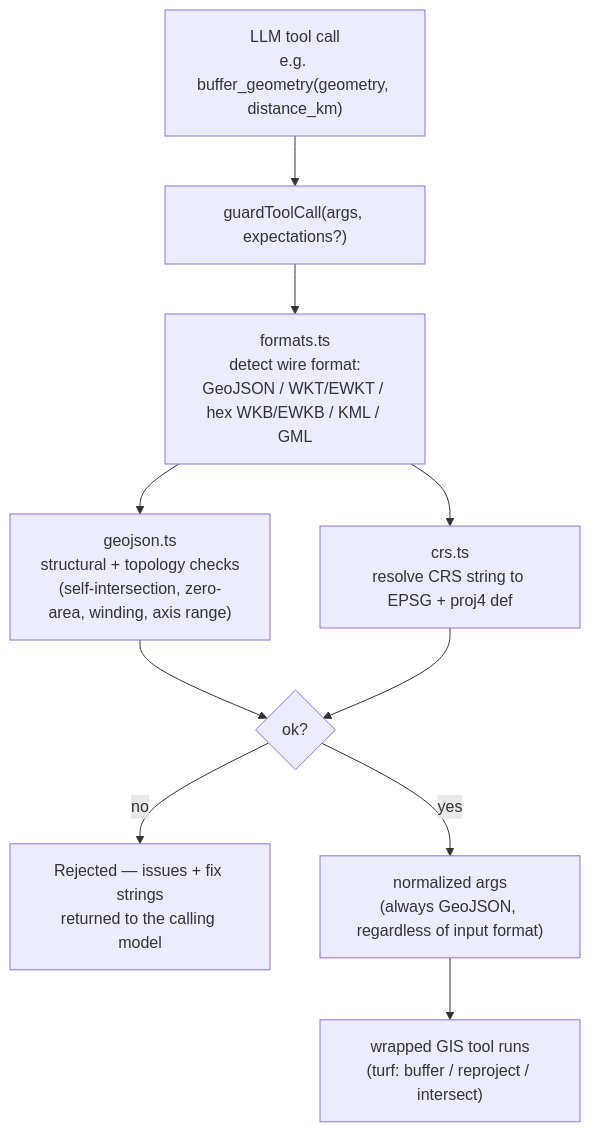
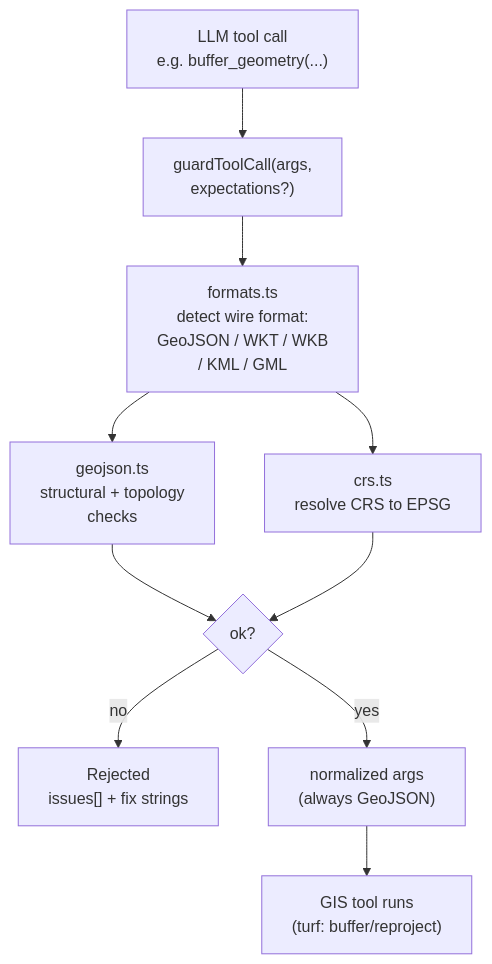
Before and after one commit to DBishal13/groundtruth: the first of 2 diagrams in README.md, drawn with Mermaid. The commit also changed other lines of this file and 1 other file, not shown here.

Commit message:
Fix clipped text in architecture diagrams (verified by actually rendering)
The README's Mermaid diagrams used literal \n inside quoted node labels.
That works in mermaid-cli's default renderer (tested), but the renderer
used for VS Code's markdown preview breaks the line at \n and then
clips the remainder instead of wrapping or resizing the box — confirmed
from the reported screenshot. Fixed by pre-wrapping every label into
short <br/>-separated lines (the universally-supported break), rather
than relying on any renderer's auto-wrap behavior.

Also tightened font sizes slightly in docs/index.html's hand-built SVG
diagram: measuring actual rendered text bounding boxes (via a real
Chromium render, not eyeballing) found a few labels with only 7-10px
of margin before their box edge — not clipped today, but one Google
Fonts load failure away from it (the fallback stack is wider). Now
20px+ margin everywhere, re-verified against real measurements.

Both README diagrams re-rendered via mermaid-cli and the SVG
re-screenshotted via Playwright to confirm before pushing, per instruction
to verify rendered output rather than assume it.

````diff
--- a/README.md
+++ b/README.md
@@ -23,12 +23,12 @@
 ```mermaid
 flowchart TD
-    A["LLM tool call\ne.g. buffer_geometry(geometry, distance_km)"] --> B["guardToolCall(args, expectations?)"]
-    B --> C["formats.ts\ndetect wire format:\nGeoJSON / WKT/EWKT / hex WKB/EWKB / KML / GML"]
-    C --> D["geojson.ts\nstructural + topology checks\n(self-intersection, zero-area, winding, axis range)"]
-    C --> E["crs.ts\nresolve CRS string to EPSG + proj4 def"]
+    A["LLM tool call<br/>e.g. buffer_geometry(...)"] --> B["guardToolCall(args,<br/>expectations?)"]
+    B --> C["formats.ts<br/>detect wire format:<br/>GeoJSON / WKT / WKB<br/>/ KML / GML"]
+    C --> D["geojson.ts<br/>structural + topology<br/>checks"]
+    C --> E["crs.ts<br/>resolve CRS to EPSG"]
     D --> F{ok?}
     E --> F
-    F -- "no" --> G["Rejected — issues + fix strings\nreturned to the calling model"]
-    F -- "yes" --> H["normalized args\n(always GeoJSON, regardless of input format)"]
-    H --> I["wrapped GIS tool runs\n(turf: buffer / reproject / intersect)"]
+    F -- "no" --> G["Rejected<br/>issues[] + fix strings"]
+    F -- "yes" --> H["normalized args<br/>(always GeoJSON)"]
+    H --> I["GIS tool runs<br/>(turf: buffer/reproject)"]
 ```
````
